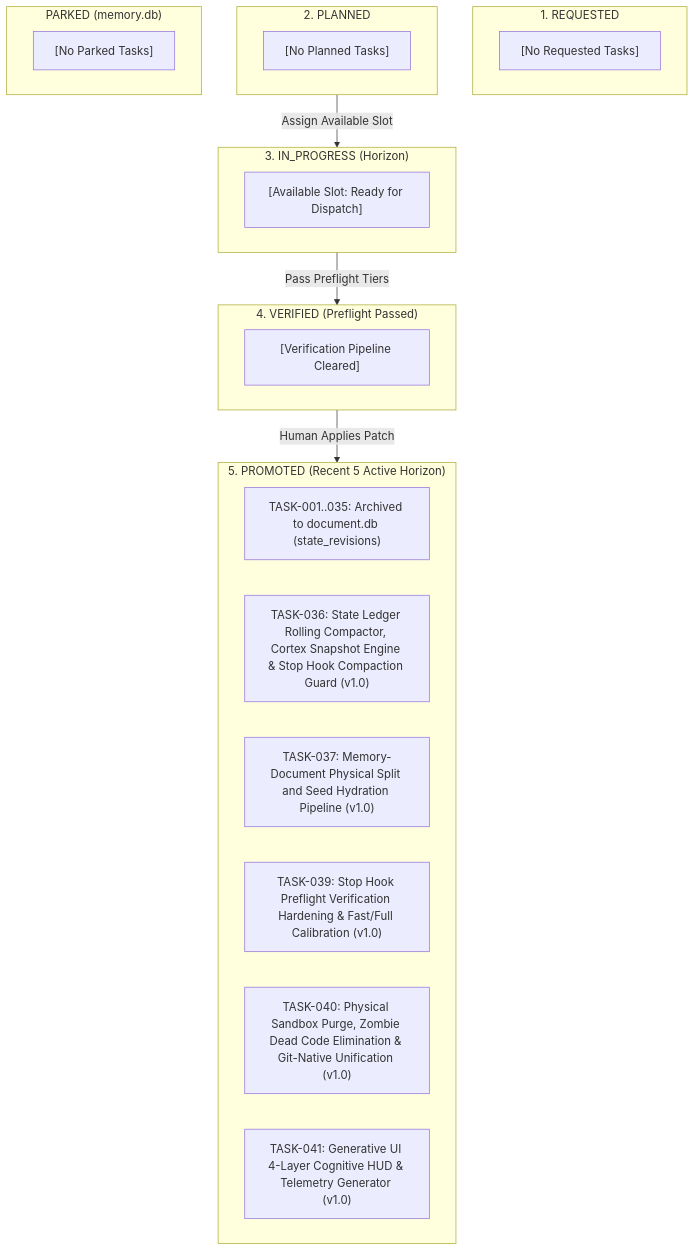
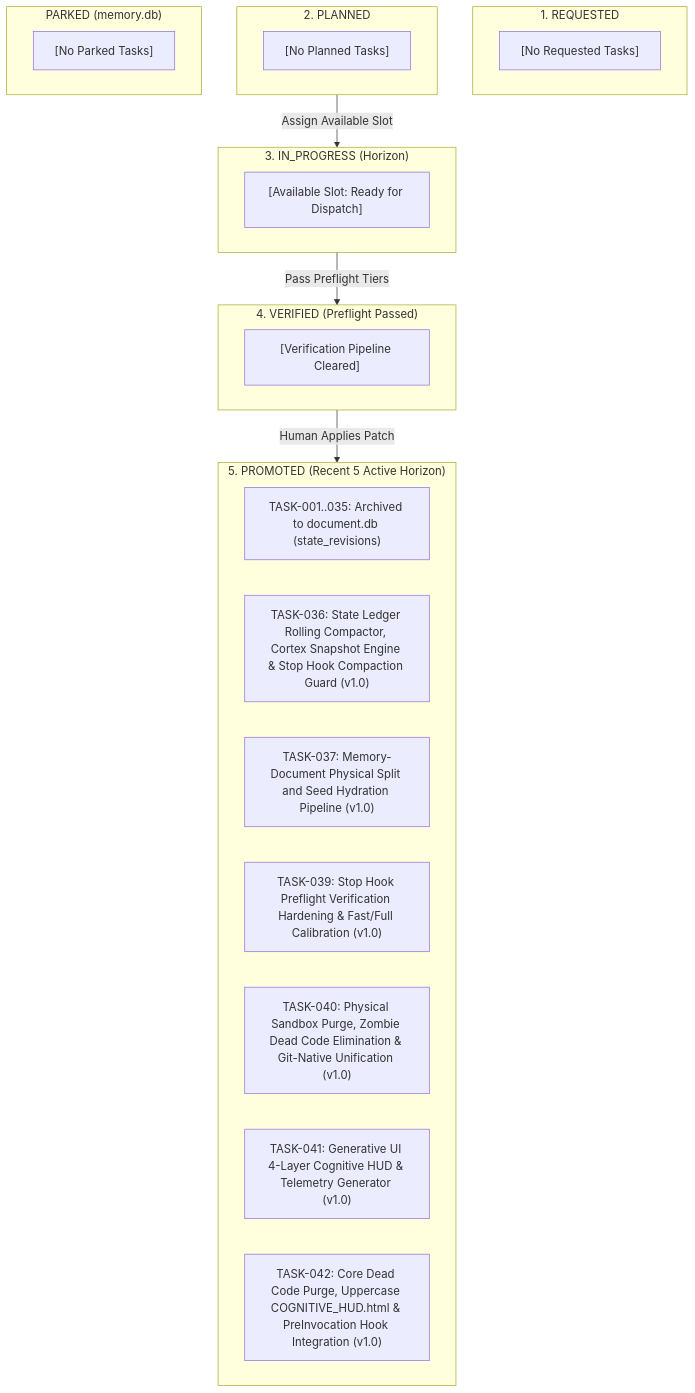
The third of 4 diagrams in docs/active/CURRENT_STATE.md (jinseobhong/antigravity-autopoiesis), drawn with Mermaid before and after one commit. The commit also changed other lines of this file and 7 other files, not shown here.

Commit message:
feat(hud): purge core dead code, uppercase COGNITIVE_HUD.html, and integrate PreInvocation hook (TASK-042)

````diff
--- a/docs/active/CURRENT_STATE.md
+++ b/docs/active/CURRENT_STATE.md
@@ -129,35 +129,36 @@
 ```mermaid
 flowchart TD
     subgraph ColRequested ["1. REQUESTED"]
         REQ_100["[No Requested Tasks]"]
     end
 
     subgraph ColPlanned ["2. PLANNED"]
         PLN_100["[No Planned Tasks]"]
     end
 
     subgraph ColParked ["PARKED (memory.db)"]
         PRK_100["[No Parked Tasks]"]
     end
 
     subgraph ColActive ["3. IN_PROGRESS (Horizon)"]
         ACT_100["[Available Slot: Ready for Dispatch]"]
     end
 
     subgraph ColVerified ["4. VERIFIED (Preflight Passed)"]
         VER_100["[Verification Pipeline Cleared]"]
     end
 
     subgraph ColPromoted ["5. PROMOTED (Recent 5 Active Horizon)"]
         PRM_ARCH["TASK-001..035: Archived to document.db (state_revisions)"]
         PRM_136["TASK-036: State Ledger Rolling Compactor, Cortex Snapshot Engine & Stop Hook Compaction Guard (v1.0)"]
         PRM_137["TASK-037: Memory-Document Physical Split and Seed Hydration Pipeline (v1.0)"]
         PRM_139["TASK-039: Stop Hook Preflight Verification Hardening & Fast/Full Calibration (v1.0)"]
         PRM_140["TASK-040: Physical Sandbox Purge, Zombie Dead Code Elimination & Git-Native Unification (v1.0)"]
         PRM_141["TASK-041: Generative UI 4-Layer Cognitive HUD & Telemetry Generator (v1.0)"]
+        PRM_142["TASK-042: Core Dead Code Purge, Uppercase COGNITIVE_HUD.html & PreInvocation Hook Integration (v1.0)"]
     end
 
     ColPlanned -->|"Assign Available Slot"| ColActive
     ColActive -->|"Pass Preflight Tiers"| ColVerified
     ColVerified -->|"Human Applies Patch"| ColPromoted
 ```
````
